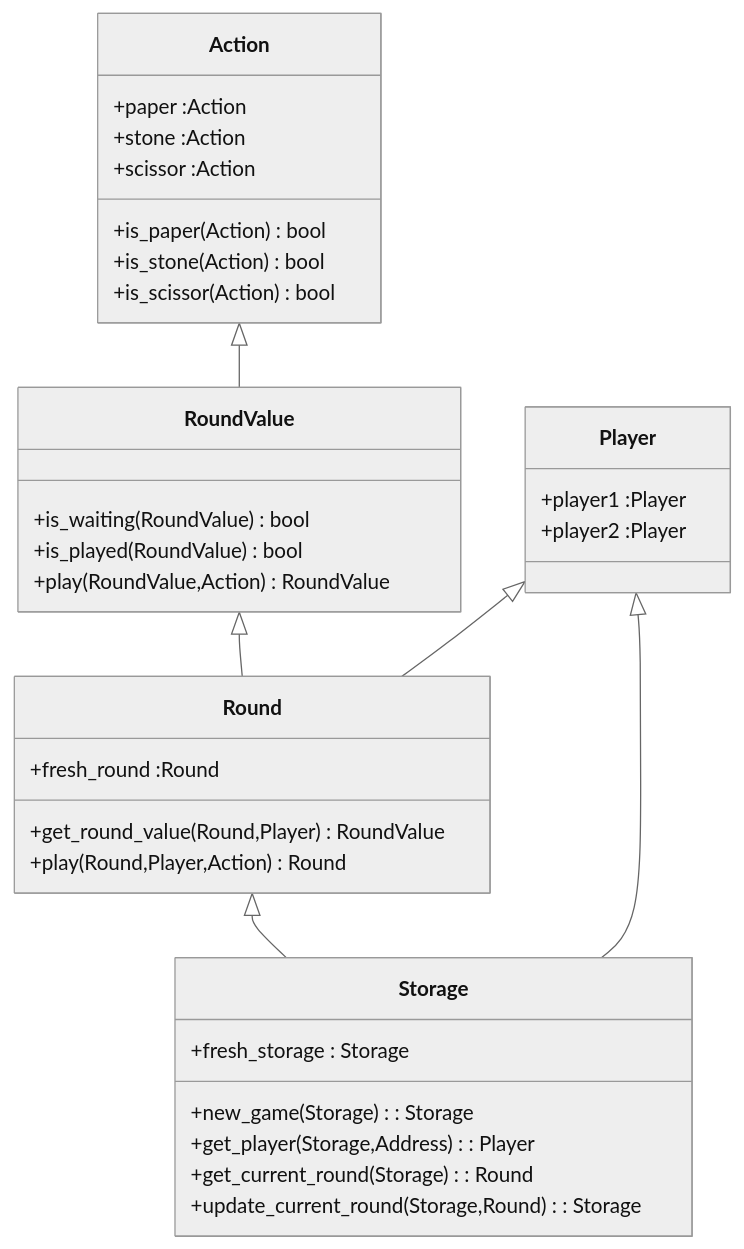
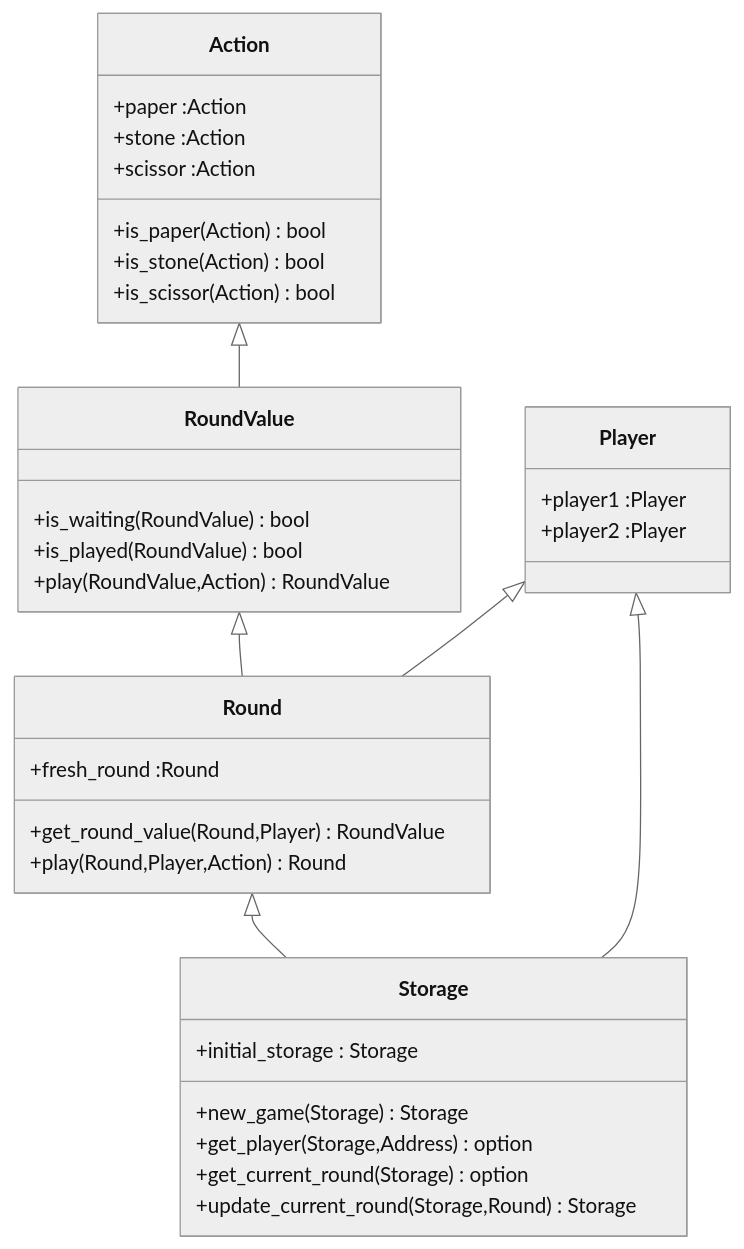
The third of 3 diagrams in v1/README.md (ligolang/jsligo-training-dapp-shifumi), drawn with Mermaid (neutral theme) before and after one commit. The commit also changed other lines of this file and 2 other files, not shown here.

Commit message:
Documentation

````diff
--- a/v1/README.md
+++ b/v1/README.md
@@ -44,42 +44,42 @@
 ```mermaid
 classDiagram
     Action <|-- RoundValue
     RoundValue <|-- Round
     Round <|-- Storage
     Player <|-- Round
     Player <|-- Storage
 
     class Action{
         +paper :Action
         +stone :Action
         +scissor :Action
         +is_paper(Action) bool
         +is_stone(Action) bool
         +is_scissor(Action) bool
     }
             
     class Player{
         +player1 :Player 
         +player2 :Player
     }
 
     class RoundValue{
         +is_waiting(RoundValue) bool
         +is_played(RoundValue) bool
         +play(RoundValue,Action) RoundValue
     }
 
     class Round{
         +fresh_round :Round
         +get_round_value(Round,Player) RoundValue
         +play(Round,Player,Action) Round
     }
 
     class Storage{
-        +fresh_storage : Storage
-        +new_game(Storage) : Storage
-        +get_player(Storage,Address) : Player
-        +get_current_round(Storage) : Round
-        +update_current_round(Storage,Round) : Storage
+        +initial_storage : Storage
+        +new_game(Storage) Storage
+        +get_player(Storage,Address) option<Player>
+        +get_current_round(Storage) option<Round>
+        +update_current_round(Storage,Round) Storage
     }
 ```
````
